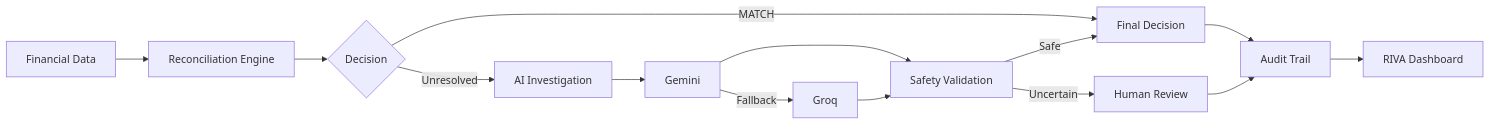
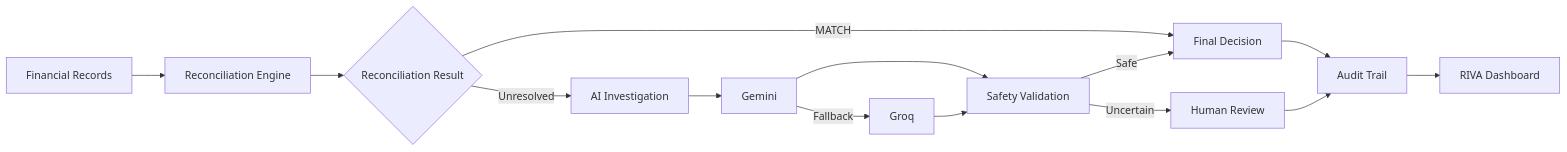
Before and after one commit to Purviiiii17/RIVA: the diagram in README.md, drawn with Mermaid. The commit also changed other lines of this file, not shown here.

````diff
--- a/README.md
+++ b/README.md
@@ -25,16 +61,21 @@
 ```mermaid
 flowchart LR
-    A[Financial Data] --> B[Reconciliation Engine]
-    B --> C{Decision}
+    A[Financial Records] --> B[Reconciliation Engine]
+    B --> C{Reconciliation Result}
+
     C -->|MATCH| D[Final Decision]
     C -->|Unresolved| E[AI Investigation]
+
     E --> F[Gemini]
     F -->|Fallback| G[Groq]
+
     F --> H[Safety Validation]
     G --> H
+
     H -->|Safe| D
     H -->|Uncertain| I[Human Review]
+
     D --> J[Audit Trail]
     I --> J
     J --> K[RIVA Dashboard]
 ```
````
